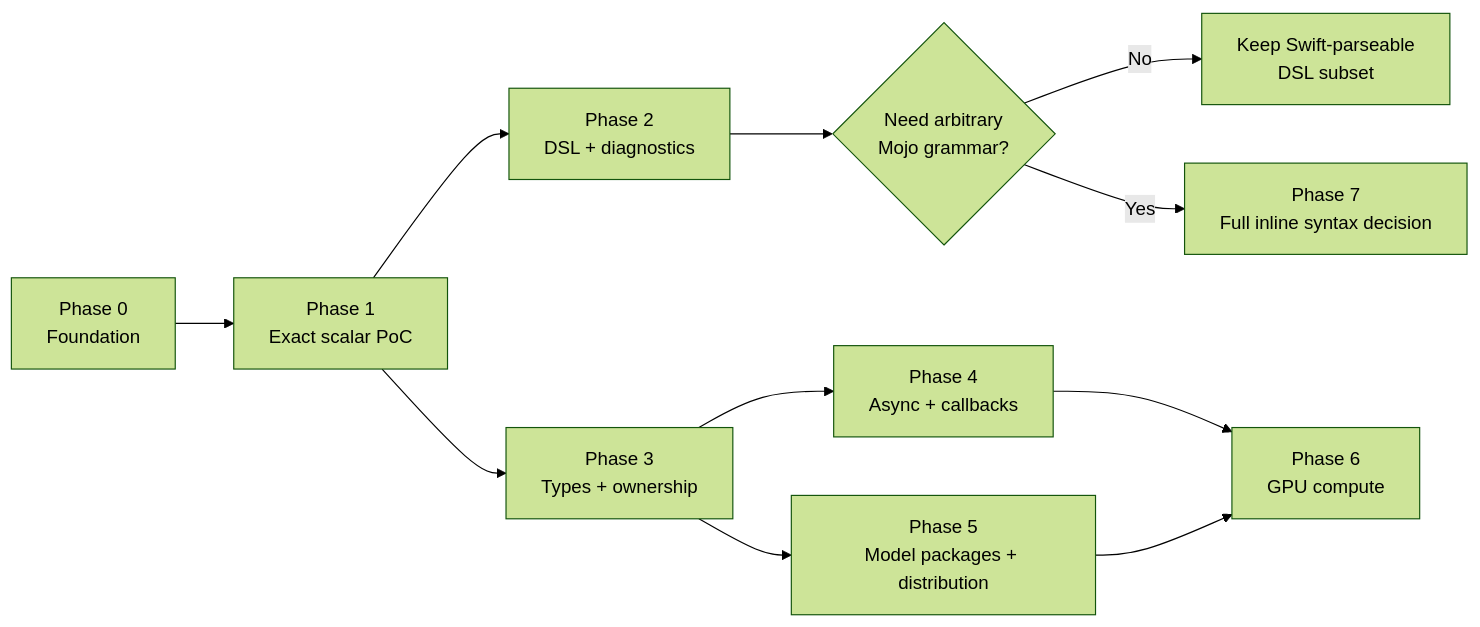
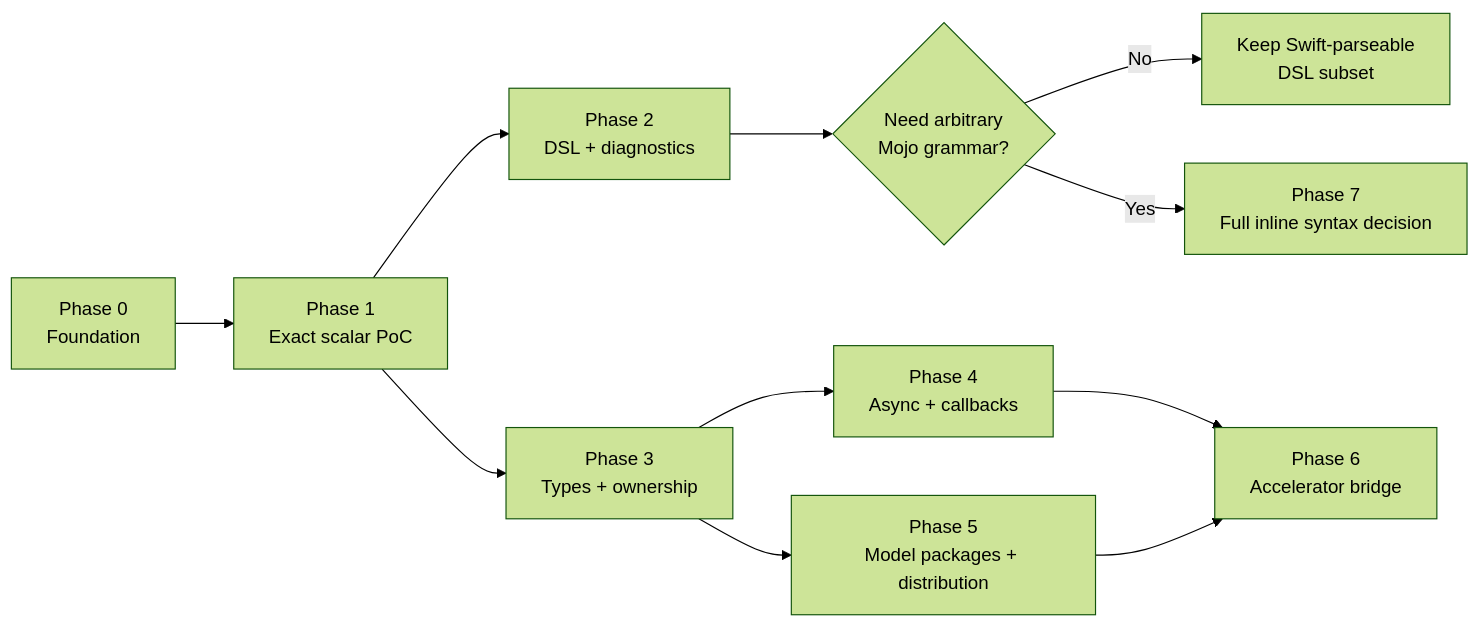
The first of 4 diagrams in docs/ROADMAP.md (1amageek/swift-mojo), drawn with Mermaid (forest theme) before and after one commit. The commit also changed other lines of this file and 24 other files, not shown here.

````diff
--- a/docs/ROADMAP.md
+++ b/docs/ROADMAP.md
@@ -18,13 +18,13 @@
 ```mermaid
 flowchart LR
     P0["Phase 0<br/>Foundation"] --> P1["Phase 1<br/>Exact scalar PoC"]
     P1 --> P2["Phase 2<br/>DSL + diagnostics"]
     P1 --> P3["Phase 3<br/>Types + ownership"]
     P3 --> P4["Phase 4<br/>Async + callbacks"]
     P3 --> P5["Phase 5<br/>Model packages + distribution"]
-    P4 --> P6["Phase 6<br/>GPU compute"]
+    P4 --> P6["Phase 6<br/>Accelerator bridge"]
     P5 --> P6
     P2 --> D{"Need arbitrary<br/>Mojo grammar?"}
     D -->|No| K["Keep Swift-parseable<br/>DSL subset"]
     D -->|Yes| P7["Phase 7<br/>Full inline syntax decision"]
 ```
````
